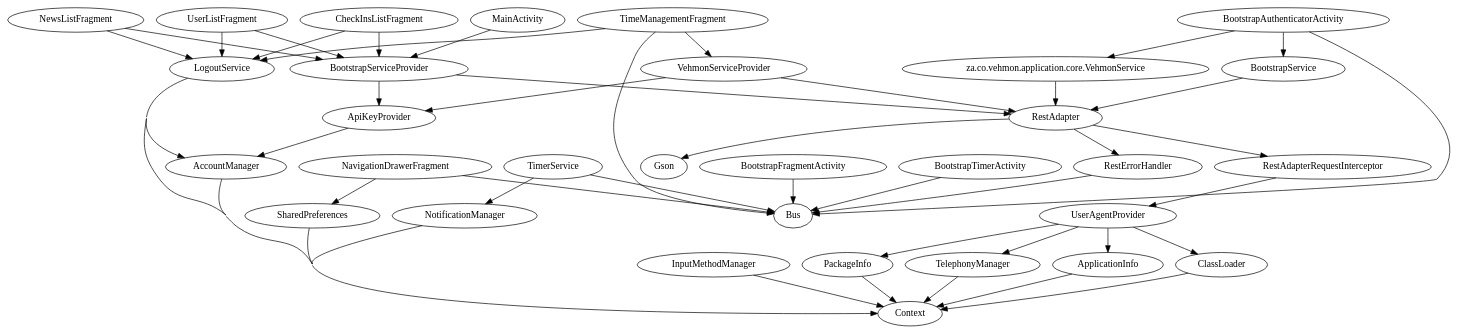
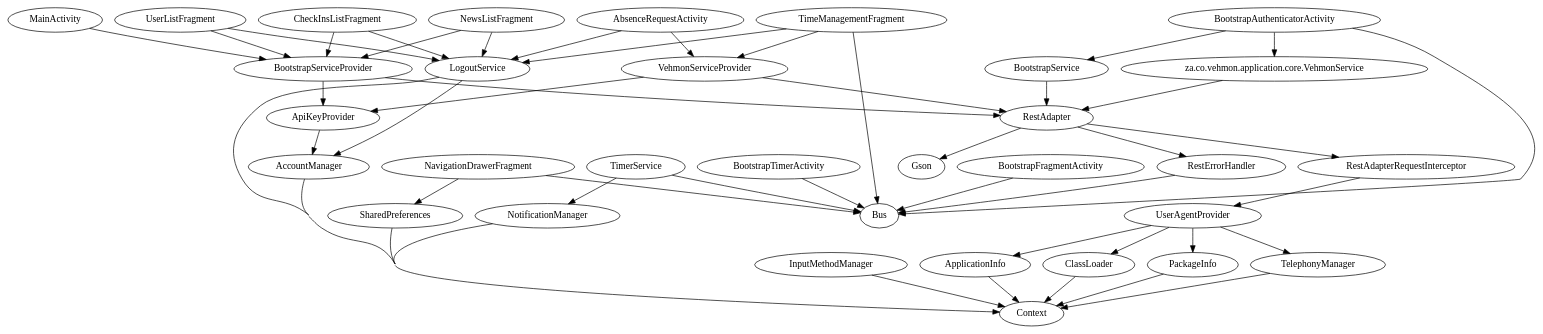
One commit to Renaldobenji/android-vehmon changed the diagram in app/build/intermediates/classes/debug/za/co/vehmon/application/RootModule.dot. Above: the diagram before and after it, drawn with Graphviz. The commit also changed 78 other files, not shown here.

First line of the commit message:
started user absense request functionallity

```diff
--- a/app/build/intermediates/classes/debug/za/co/vehmon/application/RootModule.dot
+++ b/app/build/intermediates/classes/debug/za/co/vehmon/application/RootModule.dot
@@ -1,49 +1,51 @@
 digraph G1 {
   concentrate = true;
+  AbsenceRequestActivity -> LogoutService;
+  AbsenceRequestActivity -> VehmonServiceProvider;
   AccountManager -> Context;
   ApiKeyProvider -> AccountManager;
   ApplicationInfo -> Context;
   BootstrapAuthenticatorActivity -> Bus;
+  BootstrapAuthenticatorActivity -> BootstrapService;
   n2 [label="za.co.vehmon.application.core.VehmonService"];
   BootstrapAuthenticatorActivity -> n2;
-  BootstrapAuthenticatorActivity -> BootstrapService;
   BootstrapFragmentActivity -> Bus;
   BootstrapService -> RestAdapter;
   BootstrapServiceProvider -> ApiKeyProvider;
   BootstrapServiceProvider -> RestAdapter;
   BootstrapTimerActivity -> Bus;
   CheckInsListFragment -> BootstrapServiceProvider;
   CheckInsListFragment -> LogoutService;
   ClassLoader -> Context;
   InputMethodManager -> Context;
   LogoutService -> AccountManager;
   LogoutService -> Context;
   MainActivity -> BootstrapServiceProvider;
+  NavigationDrawerFragment -> Bus;
   NavigationDrawerFragment -> SharedPreferences;
-  NavigationDrawerFragment -> Bus;
   NewsListFragment -> BootstrapServiceProvider;
   NewsListFragment -> LogoutService;
   NotificationManager -> Context;
   PackageInfo -> Context;
   RestAdapter -> Gson;
+  RestAdapter -> RestAdapterRequestInterceptor;
   RestAdapter -> RestErrorHandler;
-  RestAdapter -> RestAdapterRequestInterceptor;
   RestAdapterRequestInterceptor -> UserAgentProvider;
   RestErrorHandler -> Bus;
   SharedPreferences -> Context;
   TelephonyManager -> Context;
   TimeManagementFragment -> Bus;
+  TimeManagementFragment -> LogoutService;
   TimeManagementFragment -> VehmonServiceProvider;
-  TimeManagementFragment -> LogoutService;
+  TimerService -> NotificationManager;
   TimerService -> Bus;
-  TimerService -> NotificationManager;
+  UserAgentProvider -> TelephonyManager;
   UserAgentProvider -> ApplicationInfo;
-  UserAgentProvider -> TelephonyManager;
   UserAgentProvider -> PackageInfo;
   UserAgentProvider -> ClassLoader;
   UserListFragment -> BootstrapServiceProvider;
   UserListFragment -> LogoutService;
   VehmonServiceProvider -> ApiKeyProvider;
   VehmonServiceProvider -> RestAdapter;
   n2 -> RestAdapter;
 }
```
